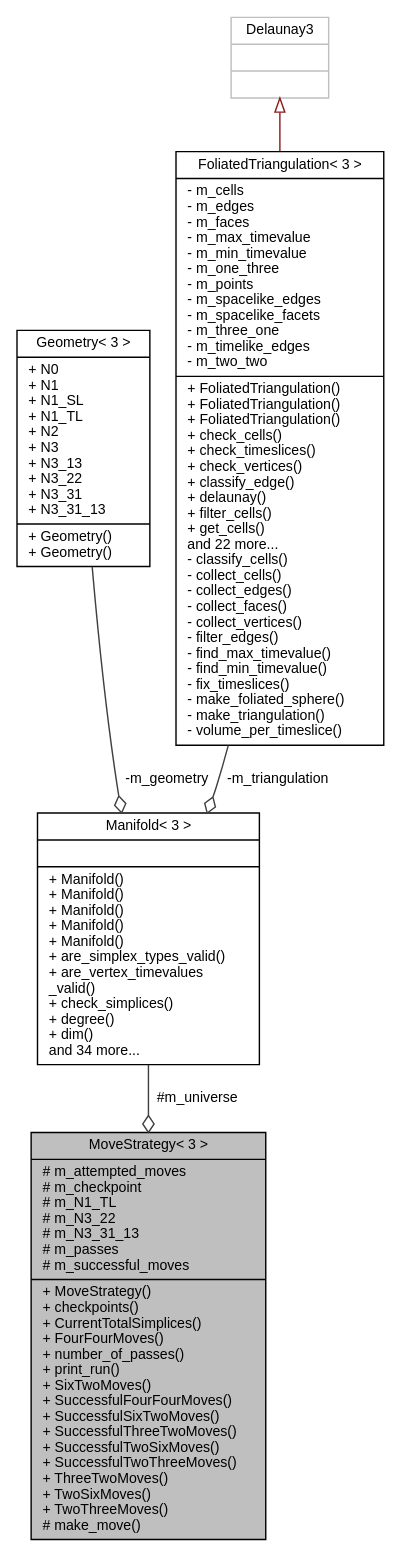
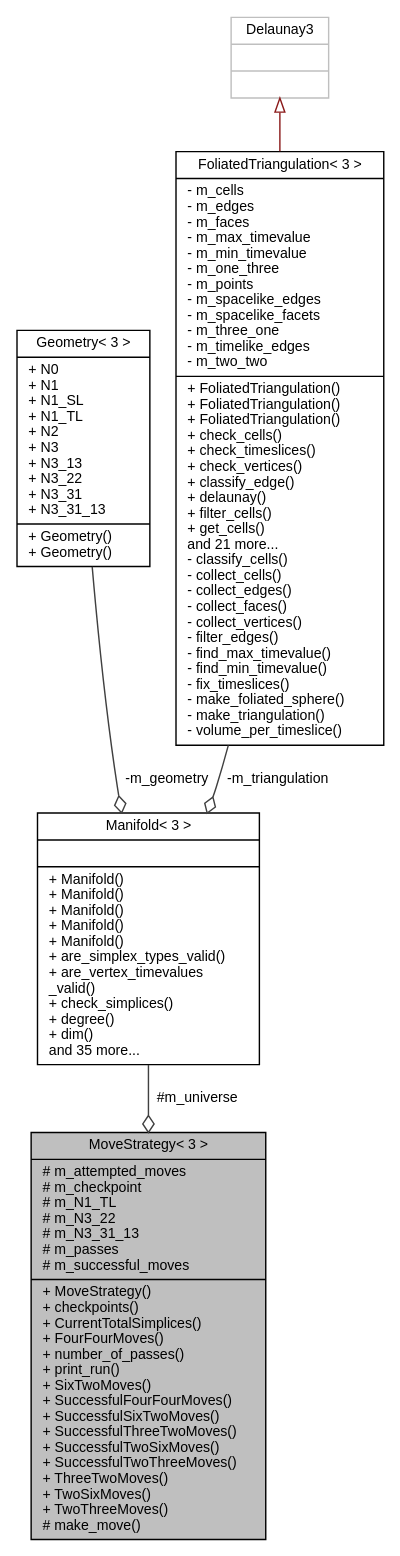
One commit to acgetchell/CDT-plusplus changed the diagram in class_move_strategy_3_013_01_4__coll__graph.dot. Above: the diagram before and after it, drawn with Graphviz. The commit also changed 224 other files, not shown here.

```diff
--- a/class_move_strategy_3_013_01_4__coll__graph.dot
+++ b/class_move_strategy_3_013_01_4__coll__graph.dot
@@ -1,15 +1,15 @@
 digraph "MoveStrategy&lt; 3 &gt;"
 {
  // LATEX_PDF_SIZE
   edge [fontname="Helvetica",fontsize="10",labelfontname="Helvetica",labelfontsize="10"];
   node [fontname="Helvetica",fontsize="10",shape=record];
   Node1 [label="{MoveStrategy\< 3 \>\n|# m_attempted_moves\l# m_checkpoint\l# m_N1_TL\l# m_N3_22\l# m_N3_31_13\l# m_passes\l# m_successful_moves\l|+ MoveStrategy()\l+ checkpoints()\l+ CurrentTotalSimplices()\l+ FourFourMoves()\l+ number_of_passes()\l+ print_run()\l+ SixTwoMoves()\l+ SuccessfulFourFourMoves()\l+ SuccessfulSixTwoMoves()\l+ SuccessfulThreeTwoMoves()\l+ SuccessfulTwoSixMoves()\l+ SuccessfulTwoThreeMoves()\l+ ThreeTwoMoves()\l+ TwoSixMoves()\l+ TwoThreeMoves()\l# make_move()\l}",height=0.2,width=0.4,color="black", fillcolor="grey75", style="filled", fontcolor="black",tooltip=" "];
   Node2 -> Node1 [color="grey25",fontsize="10",style="solid",label=" #m_universe" ,arrowhead="odiamond",fontname="Helvetica"];
-  Node2 [label="{Manifold\< 3 \>\n||+ Manifold()\l+ Manifold()\l+ Manifold()\l+ Manifold()\l+ Manifold()\l+ are_simplex_types_valid()\l+ are_vertex_timevalues\l_valid()\l+ check_simplices()\l+ degree()\l+ dim()\land 34 more...\l}",height=0.2,width=0.4,color="black", fillcolor="white", style="filled",URL="$class_manifold_3_013_01_4.html",tooltip="3D Manifold"];
+  Node2 [label="{Manifold\< 3 \>\n||+ Manifold()\l+ Manifold()\l+ Manifold()\l+ Manifold()\l+ Manifold()\l+ are_simplex_types_valid()\l+ are_vertex_timevalues\l_valid()\l+ check_simplices()\l+ degree()\l+ dim()\land 35 more...\l}",height=0.2,width=0.4,color="black", fillcolor="white", style="filled",URL="$class_manifold_3_013_01_4.html",tooltip="3D Manifold"];
   Node3 -> Node2 [color="grey25",fontsize="10",style="solid",label=" -m_geometry" ,arrowhead="odiamond",fontname="Helvetica"];
   Node3 [label="{Geometry\< 3 \>\n|+ N0\l+ N1\l+ N1_SL\l+ N1_TL\l+ N2\l+ N3\l+ N3_13\l+ N3_22\l+ N3_31\l+ N3_31_13\l|+ Geometry()\l+ Geometry()\l}",height=0.2,width=0.4,color="black", fillcolor="white", style="filled",URL="$struct_geometry_3_013_01_4.html",tooltip="3D Geometry"];
   Node4 -> Node2 [color="grey25",fontsize="10",style="solid",label=" -m_triangulation" ,arrowhead="odiamond",fontname="Helvetica"];
-  Node4 [label="{FoliatedTriangulation\< 3 \>\n|- m_cells\l- m_edges\l- m_faces\l- m_max_timevalue\l- m_min_timevalue\l- m_one_three\l- m_points\l- m_spacelike_edges\l- m_spacelike_facets\l- m_three_one\l- m_timelike_edges\l- m_two_two\l|+ FoliatedTriangulation()\l+ FoliatedTriangulation()\l+ FoliatedTriangulation()\l+ check_cells()\l+ check_timeslices()\l+ check_vertices()\l+ classify_edge()\l+ delaunay()\l+ filter_cells()\l+ get_cells()\land 22 more...\l- classify_cells()\l- collect_cells()\l- collect_edges()\l- collect_faces()\l- collect_vertices()\l- filter_edges()\l- find_max_timevalue()\l- find_min_timevalue()\l- fix_timeslices()\l- make_foliated_sphere()\l- make_triangulation()\l- volume_per_timeslice()\l}",height=0.2,width=0.4,color="black", fillcolor="white", style="filled",URL="$class_foliated_triangulation_3_013_01_4.html",tooltip="3D Triangulation"];
+  Node4 [label="{FoliatedTriangulation\< 3 \>\n|- m_cells\l- m_edges\l- m_faces\l- m_max_timevalue\l- m_min_timevalue\l- m_one_three\l- m_points\l- m_spacelike_edges\l- m_spacelike_facets\l- m_three_one\l- m_timelike_edges\l- m_two_two\l|+ FoliatedTriangulation()\l+ FoliatedTriangulation()\l+ FoliatedTriangulation()\l+ check_cells()\l+ check_timeslices()\l+ check_vertices()\l+ classify_edge()\l+ delaunay()\l+ filter_cells()\l+ get_cells()\land 21 more...\l- classify_cells()\l- collect_cells()\l- collect_edges()\l- collect_faces()\l- collect_vertices()\l- filter_edges()\l- find_max_timevalue()\l- find_min_timevalue()\l- fix_timeslices()\l- make_foliated_sphere()\l- make_triangulation()\l- volume_per_timeslice()\l}",height=0.2,width=0.4,color="black", fillcolor="white", style="filled",URL="$class_foliated_triangulation_3_013_01_4.html",tooltip="3D Triangulation"];
   Node5 -> Node4 [dir="back",color="firebrick4",fontsize="10",style="solid",arrowtail="onormal",fontname="Helvetica"];
   Node5 [label="{Delaunay3\n||}",height=0.2,width=0.4,color="grey75", fillcolor="white", style="filled",tooltip=" "];
 }
```
